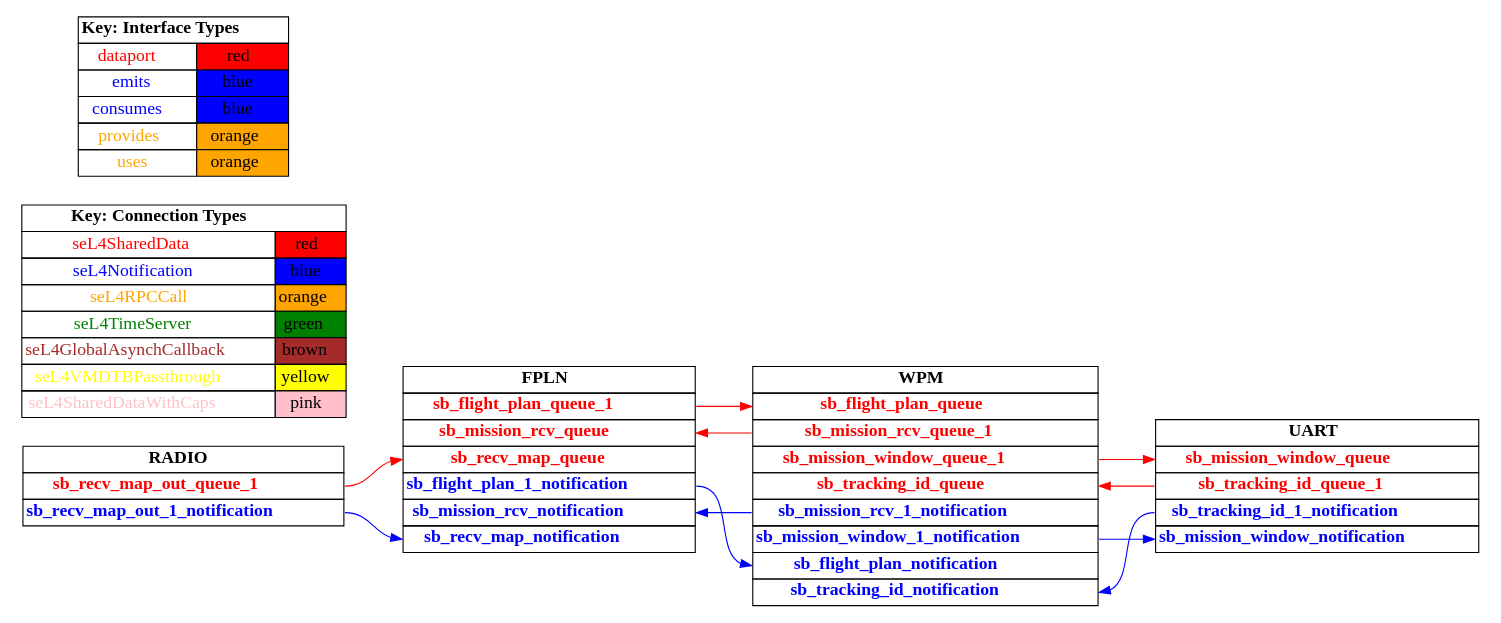
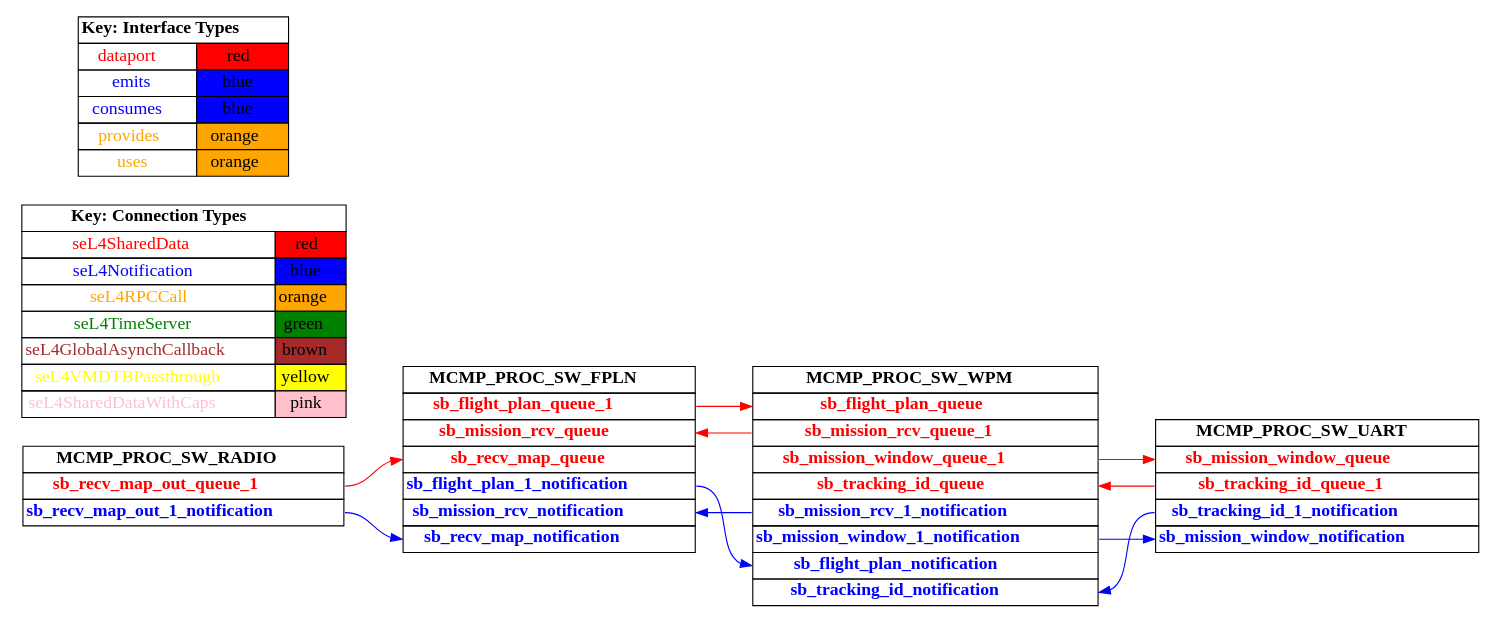
The diagram in TA5/tool-evaluation-4/HAMR/examples/simple_uav/CAmkES_seL4_Only/graph_simple.dot (loonwerks/CASE), drawn with Graphviz before and after one commit. The commit also changed 1372 other files, not shown here.

```diff
--- a/TA5/tool-evaluation-4/HAMR/examples/simple_uav/CAmkES_seL4_Only/graph_simple.dot
+++ b/TA5/tool-evaluation-4/HAMR/examples/simple_uav/CAmkES_seL4_Only/graph_simple.dot
@@ -1,169 +1,169 @@
 digraph g {
 graph [
   overlap = false,
   rankdir = "LR"
 ];
 node [
   fontsize = "16",
   shape = "ellipse"
 ];
 edge [
 ];
 
-RADIO [
+MCMP_PROC_SW_RADIO [
   label=<
     <TABLE BORDER="0" CELLBORDER="1" CELLSPACING="0">
-      <TR><TD><B>RADIO</B></TD></TR>
+      <TR><TD><B>MCMP_PROC_SW_RADIO</B></TD></TR>
       <TR><TD PORT="sb_recv_map_out_queue_1"><FONT COLOR="red"><B>sb_recv_map_out_queue_1</B></FONT></TD></TR>
       <TR><TD PORT="sb_recv_map_out_1_notification"><FONT COLOR="blue"><B>sb_recv_map_out_1_notification</B></FONT></TD></TR>"
     </TABLE>
   >
   shape=plaintext
 ];
 
-FPLN [
+MCMP_PROC_SW_FPLN [
   label=<
     <TABLE BORDER="0" CELLBORDER="1" CELLSPACING="0">
-      <TR><TD><B>FPLN</B></TD></TR>
+      <TR><TD><B>MCMP_PROC_SW_FPLN</B></TD></TR>
       <TR><TD PORT="sb_flight_plan_queue_1"><FONT COLOR="red"><B>sb_flight_plan_queue_1</B></FONT></TD></TR>
       <TR><TD PORT="sb_mission_rcv_queue"><FONT COLOR="red"><B>sb_mission_rcv_queue</B></FONT></TD></TR>
       <TR><TD PORT="sb_recv_map_queue"><FONT COLOR="red"><B>sb_recv_map_queue</B></FONT></TD></TR>
       <TR><TD PORT="sb_flight_plan_1_notification"><FONT COLOR="blue"><B>sb_flight_plan_1_notification</B></FONT></TD></TR>
       <TR><TD PORT="sb_mission_rcv_notification"><FONT COLOR="blue"><B>sb_mission_rcv_notification</B></FONT></TD></TR>
       <TR><TD PORT="sb_recv_map_notification"><FONT COLOR="blue"><B>sb_recv_map_notification</B></FONT></TD></TR>"
     </TABLE>
   >
   shape=plaintext
 ];
 
-WPM [
+MCMP_PROC_SW_WPM [
   label=<
     <TABLE BORDER="0" CELLBORDER="1" CELLSPACING="0">
-      <TR><TD><B>WPM</B></TD></TR>
+      <TR><TD><B>MCMP_PROC_SW_WPM</B></TD></TR>
       <TR><TD PORT="sb_flight_plan_queue"><FONT COLOR="red"><B>sb_flight_plan_queue</B></FONT></TD></TR>
       <TR><TD PORT="sb_mission_rcv_queue_1"><FONT COLOR="red"><B>sb_mission_rcv_queue_1</B></FONT></TD></TR>
       <TR><TD PORT="sb_mission_window_queue_1"><FONT COLOR="red"><B>sb_mission_window_queue_1</B></FONT></TD></TR>
       <TR><TD PORT="sb_tracking_id_queue"><FONT COLOR="red"><B>sb_tracking_id_queue</B></FONT></TD></TR>
       <TR><TD PORT="sb_mission_rcv_1_notification"><FONT COLOR="blue"><B>sb_mission_rcv_1_notification</B></FONT></TD></TR>
       <TR><TD PORT="sb_mission_window_1_notification"><FONT COLOR="blue"><B>sb_mission_window_1_notification</B></FONT></TD></TR>
       <TR><TD PORT="sb_flight_plan_notification"><FONT COLOR="blue"><B>sb_flight_plan_notification</B></FONT></TD></TR>
       <TR><TD PORT="sb_tracking_id_notification"><FONT COLOR="blue"><B>sb_tracking_id_notification</B></FONT></TD></TR>"
     </TABLE>
   >
   shape=plaintext
 ];
 
-UART [
+MCMP_PROC_SW_UART [
   label=<
     <TABLE BORDER="0" CELLBORDER="1" CELLSPACING="0">
-      <TR><TD><B>UART</B></TD></TR>
+      <TR><TD><B>MCMP_PROC_SW_UART</B></TD></TR>
       <TR><TD PORT="sb_mission_window_queue"><FONT COLOR="red"><B>sb_mission_window_queue</B></FONT></TD></TR>
       <TR><TD PORT="sb_tracking_id_queue_1"><FONT COLOR="red"><B>sb_tracking_id_queue_1</B></FONT></TD></TR>
       <TR><TD PORT="sb_tracking_id_1_notification"><FONT COLOR="blue"><B>sb_tracking_id_1_notification</B></FONT></TD></TR>
       <TR><TD PORT="sb_mission_window_notification"><FONT COLOR="blue"><B>sb_mission_window_notification</B></FONT></TD></TR>"
     </TABLE>
   >
   shape=plaintext
 ];
 
 connectiontypekey [
   label=<
    <TABLE BORDER="0" CELLBORDER="1" CELLSPACING="0">
      <TR><TD COLSPAN="2"><B>Key: Connection Types</B></TD></TR>
      <TR><TD><FONT COLOR="red">seL4SharedData</FONT></TD><TD BGCOLOR="red">red</TD></TR>
      <TR><TD><FONT COLOR="blue">seL4Notification</FONT></TD><TD BGCOLOR="blue">blue</TD></TR>
      <TR><TD><FONT COLOR="orange">seL4RPCCall</FONT></TD><TD BGCOLOR="orange">orange</TD></TR>
      <TR><TD><FONT COLOR="green">seL4TimeServer</FONT></TD><TD BGCOLOR="green">green</TD></TR>
      <TR><TD><FONT COLOR="brown">seL4GlobalAsynchCallback</FONT></TD><TD BGCOLOR="brown">brown</TD></TR>
      <TR><TD><FONT COLOR="yellow">seL4VMDTBPassthrough</FONT></TD><TD BGCOLOR="yellow">yellow</TD></TR>
      <TR><TD><FONT COLOR="pink">seL4SharedDataWithCaps</FONT></TD><TD BGCOLOR="pink">pink</TD></TR>
    </TABLE>
   >
   shape=plaintext
 ];
 
 interfacetypekey [
   label=<
    <TABLE BORDER="0" CELLBORDER="1" CELLSPACING="0">
      <TR><TD COLSPAN="2"><B>Key: Interface Types</B></TD></TR>
      <TR><TD><FONT COLOR="red">dataport</FONT></TD><TD BGCOLOR="red">red</TD></TR>
      <TR><TD><FONT COLOR="blue">emits</FONT></TD><TD BGCOLOR="blue">blue</TD></TR>
      <TR><TD><FONT COLOR="blue">consumes</FONT></TD><TD BGCOLOR="blue">blue</TD></TR>
      <TR><TD><FONT COLOR="orange">provides</FONT></TD><TD BGCOLOR="orange">orange</TD></TR>
      <TR><TD><FONT COLOR="orange">uses</FONT></TD><TD BGCOLOR="orange">orange</TD></TR>
    </TABLE>
   >
   shape=plaintext
 ];
 
-"RADIO":sb_recv_map_out_1_notification -> "FPLN":sb_recv_map_notification [
+"MCMP_PROC_SW_RADIO":sb_recv_map_out_1_notification -> "MCMP_PROC_SW_FPLN":sb_recv_map_notification [
   color="blue"
   //label = "seL4Notification"
   id = conn1
 
 ];
 
-"RADIO":sb_recv_map_out_queue_1 -> "FPLN":sb_recv_map_queue [
+"MCMP_PROC_SW_RADIO":sb_recv_map_out_queue_1 -> "MCMP_PROC_SW_FPLN":sb_recv_map_queue [
   color="red"
   //label = "seL4SharedData"
   id = conn2
 
 ];
 
-"FPLN":sb_flight_plan_1_notification -> "WPM":sb_flight_plan_notification [
+"MCMP_PROC_SW_FPLN":sb_flight_plan_1_notification -> "MCMP_PROC_SW_WPM":sb_flight_plan_notification [
   color="blue"
   //label = "seL4Notification"
   id = conn3
 
 ];
 
-"FPLN":sb_flight_plan_queue_1 -> "WPM":sb_flight_plan_queue [
+"MCMP_PROC_SW_FPLN":sb_flight_plan_queue_1 -> "MCMP_PROC_SW_WPM":sb_flight_plan_queue [
   color="red"
   //label = "seL4SharedData"
   id = conn4
 
 ];
 
-"WPM":sb_mission_rcv_1_notification -> "FPLN":sb_mission_rcv_notification [
+"MCMP_PROC_SW_WPM":sb_mission_rcv_1_notification -> "MCMP_PROC_SW_FPLN":sb_mission_rcv_notification [
   color="blue"
   //label = "seL4Notification"
   id = conn5
 
 ];
 
-"WPM":sb_mission_rcv_queue_1 -> "FPLN":sb_mission_rcv_queue [
+"MCMP_PROC_SW_WPM":sb_mission_rcv_queue_1 -> "MCMP_PROC_SW_FPLN":sb_mission_rcv_queue [
   color="red"
   //label = "seL4SharedData"
   id = conn6
 
 ];
 
-"WPM":sb_mission_window_1_notification -> "UART":sb_mission_window_notification [
+"MCMP_PROC_SW_WPM":sb_mission_window_1_notification -> "MCMP_PROC_SW_UART":sb_mission_window_notification [
   color="blue"
   //label = "seL4Notification"
   id = conn7
 
 ];
 
-"WPM":sb_mission_window_queue_1 -> "UART":sb_mission_window_queue [
+"MCMP_PROC_SW_WPM":sb_mission_window_queue_1 -> "MCMP_PROC_SW_UART":sb_mission_window_queue [
   color="red"
   //label = "seL4SharedData"
   id = conn8
 
 ];
 
-"UART":sb_tracking_id_1_notification -> "WPM":sb_tracking_id_notification [
+"MCMP_PROC_SW_UART":sb_tracking_id_1_notification -> "MCMP_PROC_SW_WPM":sb_tracking_id_notification [
   color="blue"
   //label = "seL4Notification"
   id = conn9
 
 ];
 
-"UART":sb_tracking_id_queue_1 -> "WPM":sb_tracking_id_queue [
+"MCMP_PROC_SW_UART":sb_tracking_id_queue_1 -> "MCMP_PROC_SW_WPM":sb_tracking_id_queue [
   color="red"
   //label = "seL4SharedData"
   id = conn10
 
 ];
 
 }
```
